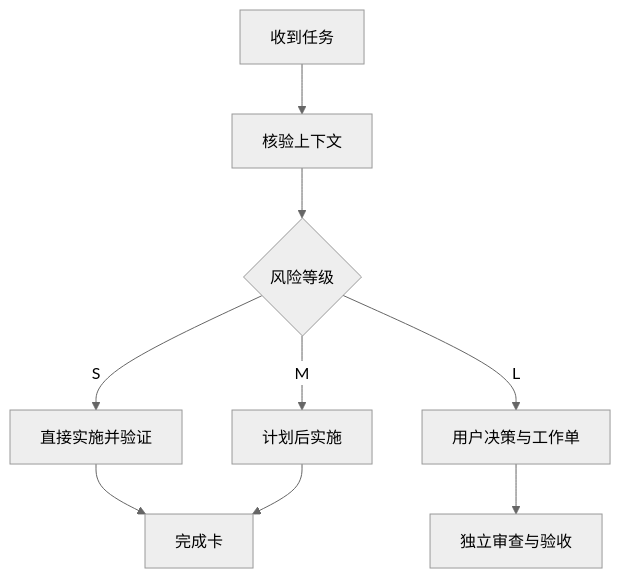
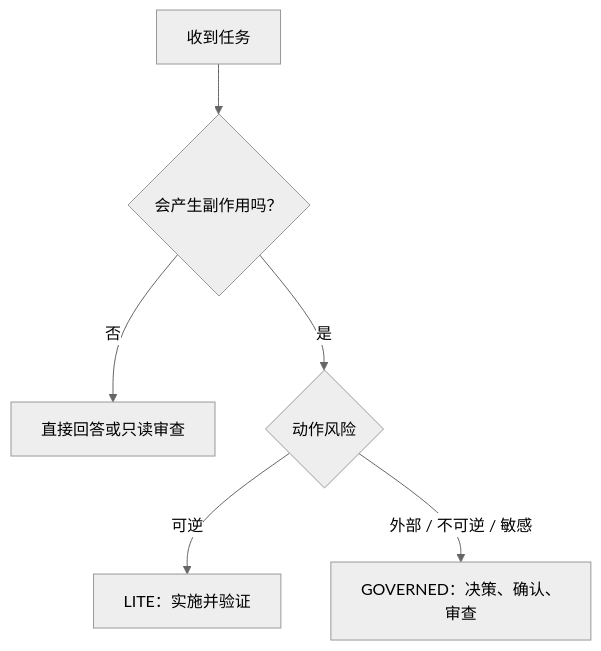
Before and after one commit to Ray111351/universal-agent-workflow-starter: the diagram in README.md, drawn with Mermaid (neutral theme). The commit also changed other lines of this file and 17 other files, not shown here.

````diff
--- a/README.md
+++ b/README.md
@@ -33,11 +51,8 @@
 ```mermaid
 flowchart TD
-    A["收到任务"] --> B["核验上下文"]
-    B --> C{"风险等级"}
-    C -->|S| D["直接实施并验证"]
-    C -->|M| E["计划后实施"]
-    C -->|L| F["用户决策与工作单"]
-    D --> G["完成卡"]
-    E --> G
-    F --> H["独立审查与验收"]
+    A["收到任务"] --> B{"会产生副作用吗？"}
+    B -->|否| C["直接回答或只读审查"]
+    B -->|是| D{"动作风险"}
+    D -->|可逆| E["LITE：实施并验证"]
+    D -->|外部 / 不可逆 / 敏感| F["GOVERNED：决策、确认、审查"]
 ```
````
